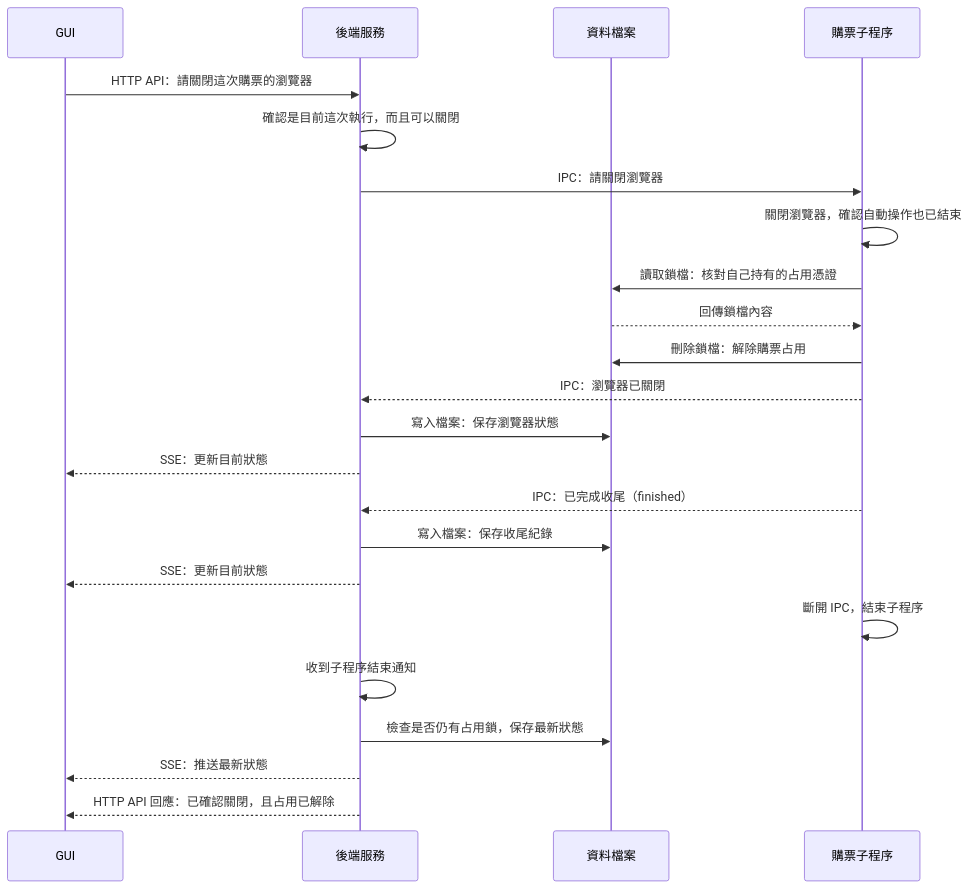
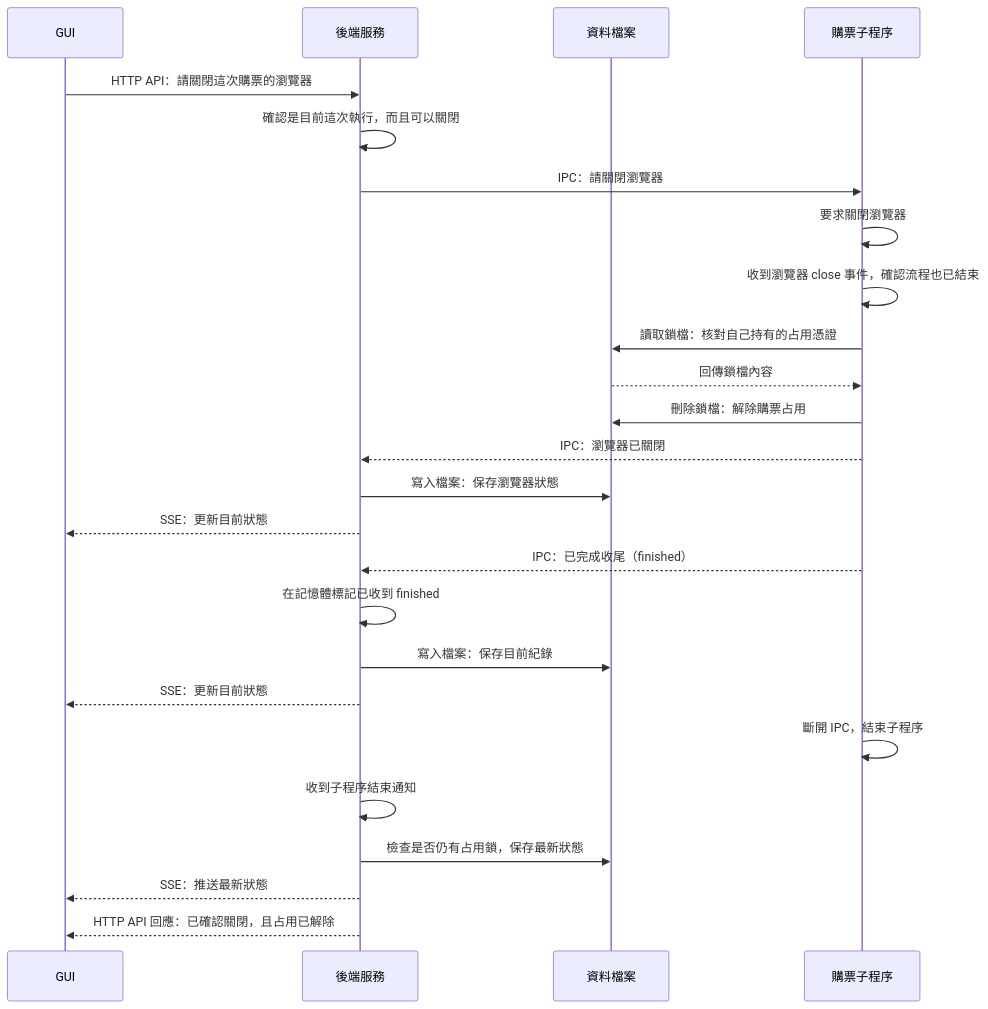
The diagram in docs/architecture/close-and-release.md (pablo0825/2026-09-ticketPilot), drawn with Mermaid before and after one commit. The commit also changed other lines of this file and 3 other files, not shown here.

Commit message:
docs(architecture): clarify lifecycle events and control delivery

````diff
--- a/docs/architecture/close-and-release.md
+++ b/docs/architecture/close-and-release.md
@@ -7,26 +7,28 @@
 ```mermaid
 sequenceDiagram
     participant G as GUI
     participant B as 後端服務
     participant D as 資料檔案
     participant W as 購票子程序
 
     G->>B: HTTP API：請關閉這次購票的瀏覽器
     B->>B: 確認是目前這次執行，而且可以關閉
     B->>W: IPC：請關閉瀏覽器
-    W->>W: 關閉瀏覽器，確認自動操作也已結束
+    W->>W: 要求關閉瀏覽器
+    W->>W: 收到瀏覽器 close 事件，確認流程也已結束
     W->>D: 讀取鎖檔：核對自己持有的占用憑證
     D-->>W: 回傳鎖檔內容
     W->>D: 刪除鎖檔：解除購票占用
     W-->>B: IPC：瀏覽器已關閉
     B->>D: 寫入檔案：保存瀏覽器狀態
     B-->>G: SSE：更新目前狀態
     W-->>B: IPC：已完成收尾（finished）
-    B->>D: 寫入檔案：保存收尾紀錄
+    B->>B: 在記憶體標記已收到 finished
+    B->>D: 寫入檔案：保存目前紀錄
     B-->>G: SSE：更新目前狀態
     W->>W: 斷開 IPC，結束子程序
     B->>B: 收到子程序結束通知
     B->>D: 檢查是否仍有占用鎖，保存最新狀態
     B-->>G: SSE：推送最新狀態
     B-->>G: HTTP API 回應：已確認關閉，且占用已解除
 ```
````
